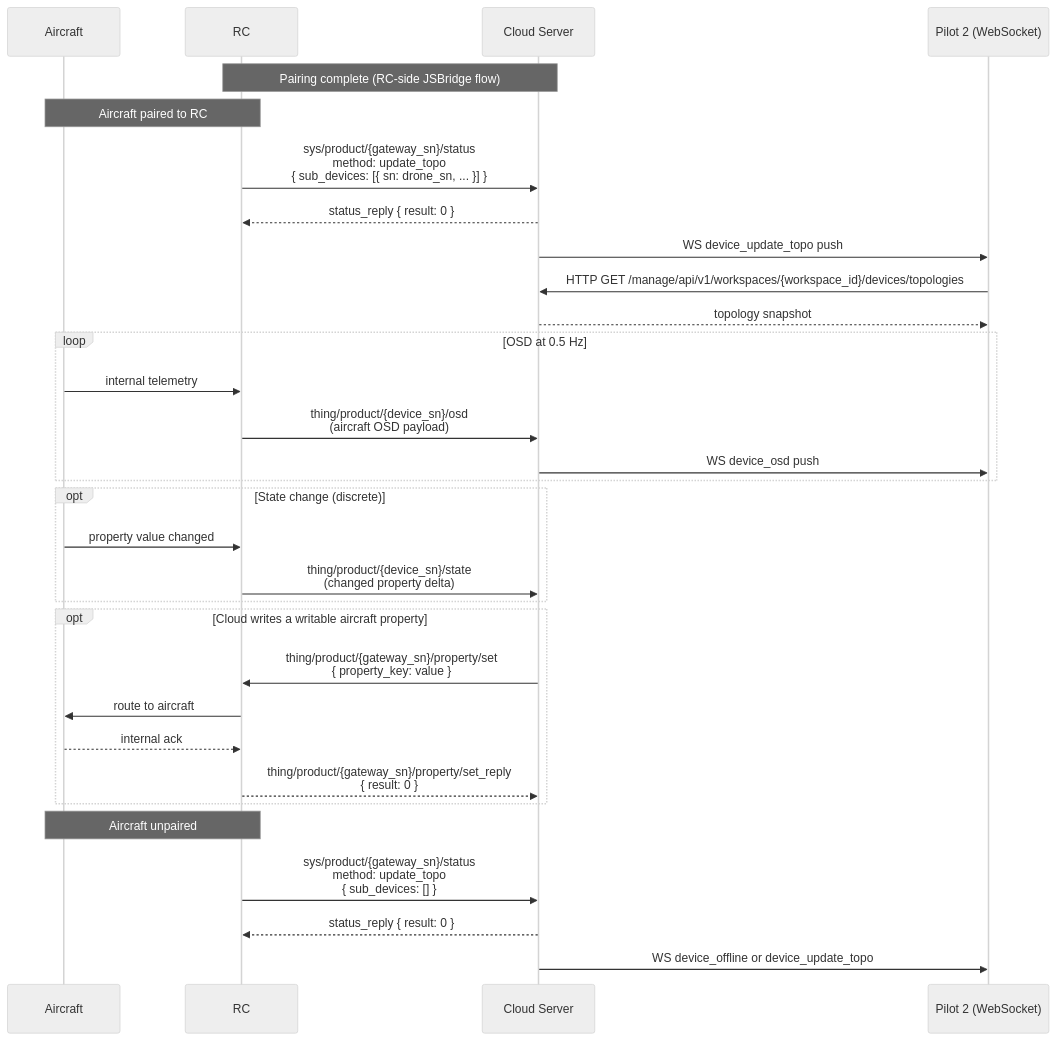
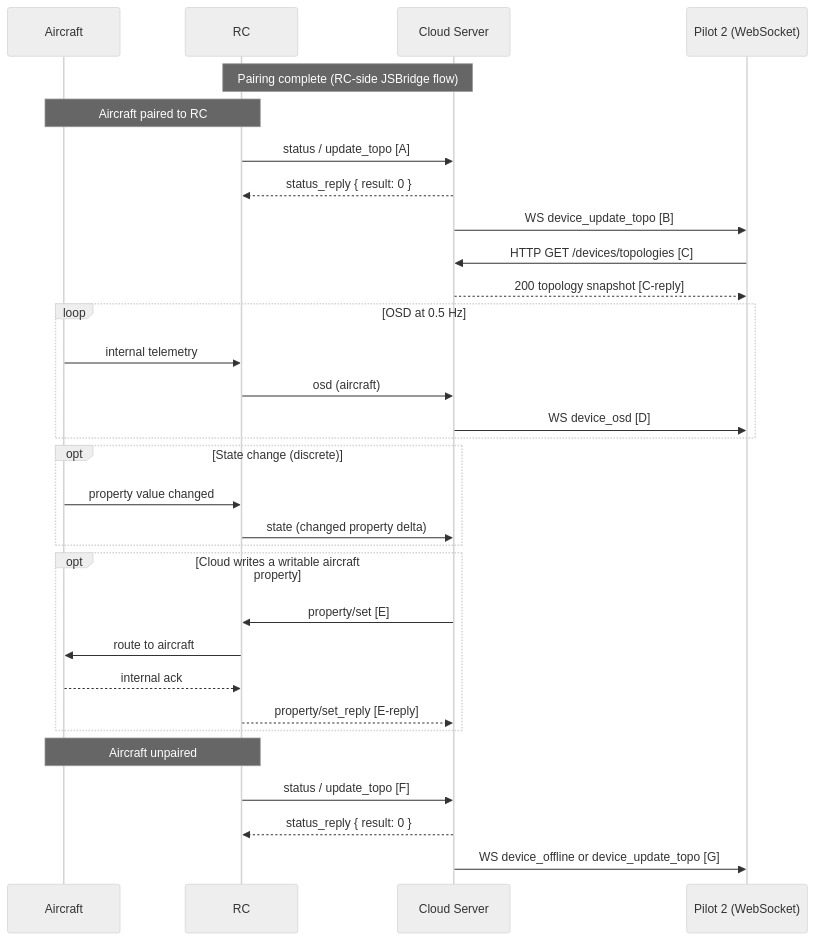
The second of 2 diagrams in master-docs/workflows/device-binding.md (larry-watkins-wps/DJI-docs-master), drawn with Mermaid (neutral theme) before and after one commit. The commit also changed other lines of this file and 10 other files, not shown here.

First line of the commit message:
docs: beautify workflow mermaid diagrams with separate JSON payload blocks

````diff
--- a/master-docs/workflows/device-binding.md
+++ b/master-docs/workflows/device-binding.md
@@ -82,40 +175,40 @@
 ```mermaid
 sequenceDiagram
     participant aircraft as Aircraft
     participant rc as RC
     participant cloud as Cloud Server
     participant pilot as Pilot 2 (WebSocket)
 
     note over rc,cloud: Pairing complete (RC-side JSBridge flow)
 
     note over aircraft,rc: Aircraft paired to RC
-    rc ->> cloud: sys/product/{gateway_sn}/status<br/>method: update_topo<br/>{ sub_devices: [{ sn: drone_sn, ... }] }
+    rc ->> cloud: status / update_topo   [A]
     cloud -->> rc: status_reply { result: 0 }
 
-    cloud ->> pilot: WS device_update_topo push
-    pilot ->> cloud: HTTP GET /manage/api/v1/workspaces/{workspace_id}/devices/topologies
-    cloud -->> pilot: topology snapshot
+    cloud ->> pilot: WS device_update_topo   [B]
+    pilot ->> cloud: HTTP GET /devices/topologies   [C]
+    cloud -->> pilot: 200 topology snapshot   [C-reply]
 
     loop OSD at 0.5 Hz
         aircraft ->> rc: internal telemetry
-        rc ->> cloud: thing/product/{device_sn}/osd<br/>(aircraft OSD payload)
-        cloud ->> pilot: WS device_osd push
+        rc ->> cloud: osd (aircraft)
+        cloud ->> pilot: WS device_osd   [D]
     end
 
     opt State change (discrete)
         aircraft ->> rc: property value changed
-        rc ->> cloud: thing/product/{device_sn}/state<br/>(changed property delta)
+        rc ->> cloud: state (changed property delta)
     end
 
     opt Cloud writes a writable aircraft property
-        cloud ->> rc: thing/product/{gateway_sn}/property/set<br/>{ property_key: value }
+        cloud ->> rc: property/set   [E]
         rc ->> aircraft: route to aircraft
         aircraft -->> rc: internal ack
-        rc -->> cloud: thing/product/{gateway_sn}/property/set_reply<br/>{ result: 0 }
+        rc -->> cloud: property/set_reply   [E-reply]
     end
 
     note over aircraft,rc: Aircraft unpaired
-    rc ->> cloud: sys/product/{gateway_sn}/status<br/>method: update_topo<br/>{ sub_devices: [] }
+    rc ->> cloud: status / update_topo   [F]
     cloud -->> rc: status_reply { result: 0 }
-    cloud ->> pilot: WS device_offline or device_update_topo
+    cloud ->> pilot: WS device_offline or device_update_topo   [G]
 ```
````
